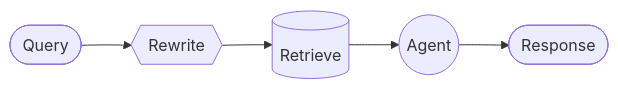
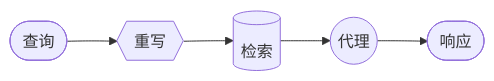
The second of 2 diagrams in oss/python/langchain/multi-agent/custom-workflow.mdx (kunfan96/cndocs-langchain), drawn with Mermaid before and after one commit. The commit also changed other lines of this file and 1450 other files, not shown here.

````diff
--- a/oss/python/langchain/multi-agent/custom-workflow.mdx
+++ b/oss/python/langchain/multi-agent/custom-workflow.mdx
@@ -82,7 +82,7 @@
 ```mermaid
 graph LR
-    A([Query]) --> B{{Rewrite}}
-    B --> C[(Retrieve)]
-    C --> D((Agent))
-    D --> E([Response])
+    A([查询]) --> B{{重写}}
+    B --> C[(检索)]
+    C --> D((代理))
+    D --> E([响应])
 ```
````
